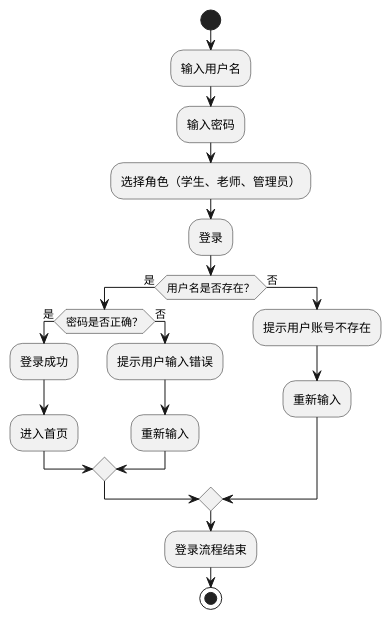
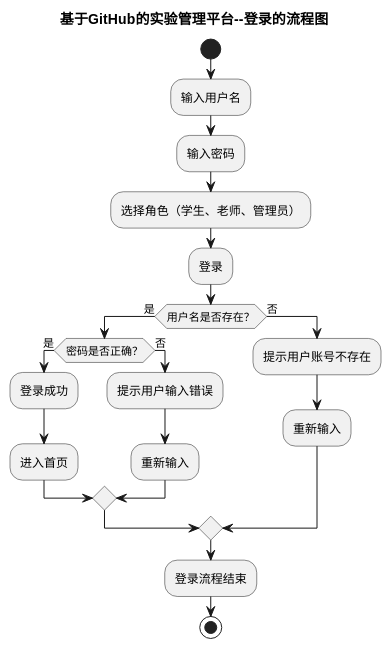
One commit to zqiheng/is_analysis changed the diagram in test6/流程图/登录.puml. Above: the diagram before and after it, drawn with PlantUML. The commit also changed 334 other files, not shown here.

```diff
--- a/test6/流程图/登录.puml
+++ b/test6/流程图/登录.puml
@@ -1,21 +1,22 @@
 @startuml
+title 基于GitHub的实验管理平台--登录的流程图
 start
 :输入用户名;
 :输入密码;
 :选择角色（学生、老师、管理员）;
 :登录;
 if(用户名是否存在？) then(是)
     if(密码是否正确？) then(是)
         :登录成功;
         :进入首页;
      else(否)
         :提示用户输入错误;
         :重新输入;
      endif;
 else(否)
     :提示用户账号不存在;
     :重新输入;
 endif;
 :登录流程结束;
 stop;
 @enduml
```
